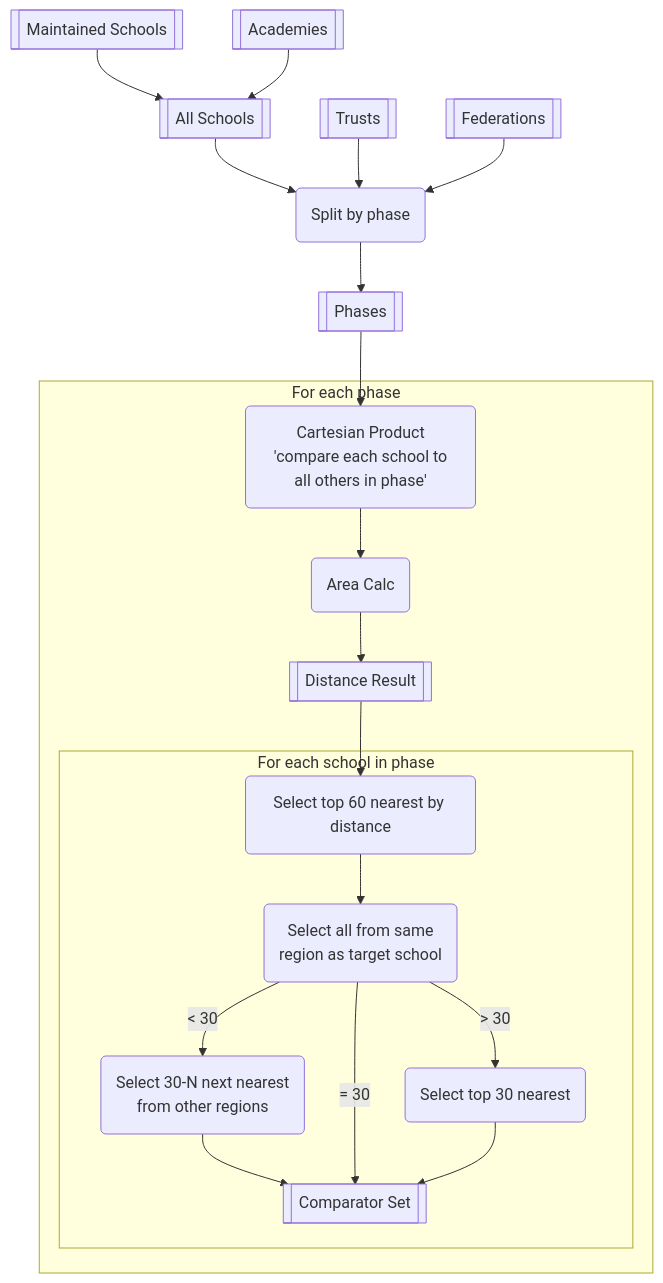
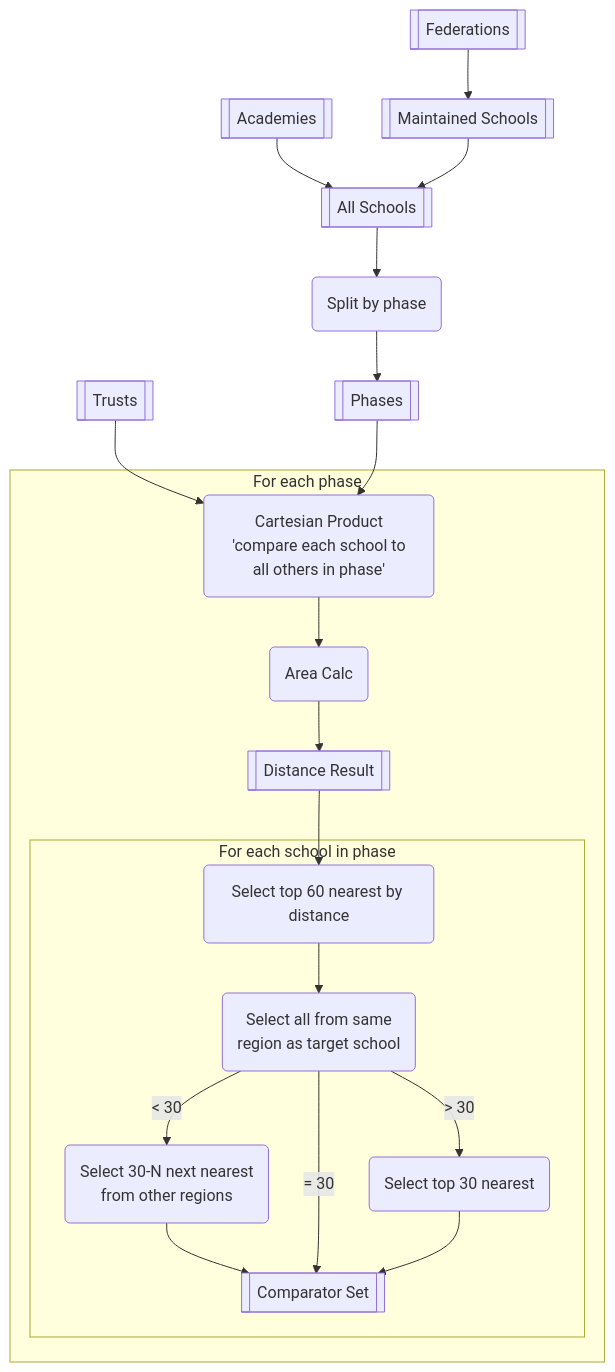
The second of 2 diagrams in documentation/architecture/10_Data-Processing.md (DFE-Digital/education-benchmarking-and-insights), drawn with Mermaid before and after one commit. The commit also changed other lines of this file, not shown here.

````diff
--- a/documentation/architecture/10_Data-Processing.md
+++ b/documentation/architecture/10_Data-Processing.md
@@ -120,43 +120,43 @@
 ```mermaid 
 flowchart TD
     accTitle: Pupil comparator set calculation
     accDescr: Logic flow for computing a pupil comparator set
 
     academies[[Academies]]
     ms[[Maintained Schools]]
     trusts[[Trusts]]
     federations[[Federations]]
     as[[All Schools]]
     phases[[Phases]]
     split_by_phase(Split by phase)
     prod(Cartesian Product\n 'compare each school to all others in phase')
     area_calc(Area Calc)
     dist[[Distance Result]]
     select_top_60(Select top 60 nearest by distance)
     select_region(Select all from same\nregion as target school)
     select_N(Select 30-N next nearest\nfrom other regions)
     select_closest_30(Select top 30 nearest)
     comparator_Set[[Comparator Set]]
     
+    federations --> ms
+    academies --> as
     ms --> as
-    academies --> as
     as --> split_by_phase
-    trusts --> split_by_phase
-    federations --> split_by_phase
     split_by_phase --> phases
 
     subgraph phase [For each phase]
         prod --> area_calc --> dist
 
         subgraph each_school [For each school in phase]
             select_top_60 --> select_region
             select_region -- < 30 --> select_N --> comparator_Set
             select_region -- = 30 --> comparator_Set
             select_region -- > 30 --> select_closest_30 --> comparator_Set
         end 
 
         dist --> select_top_60
     end
 
+    trusts --> prod
     phases --> prod
 ```
````
